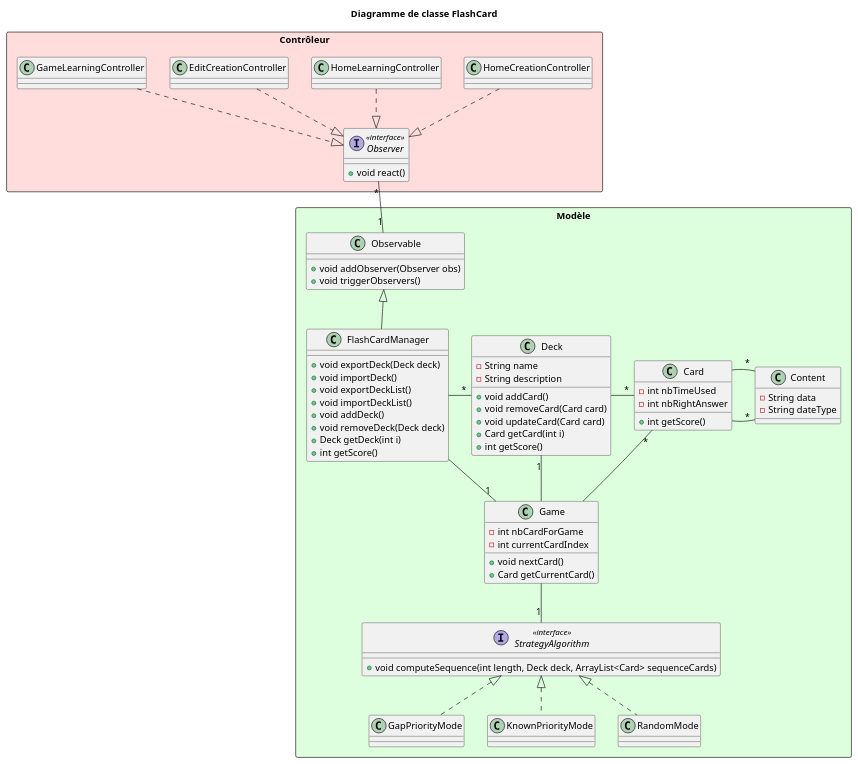
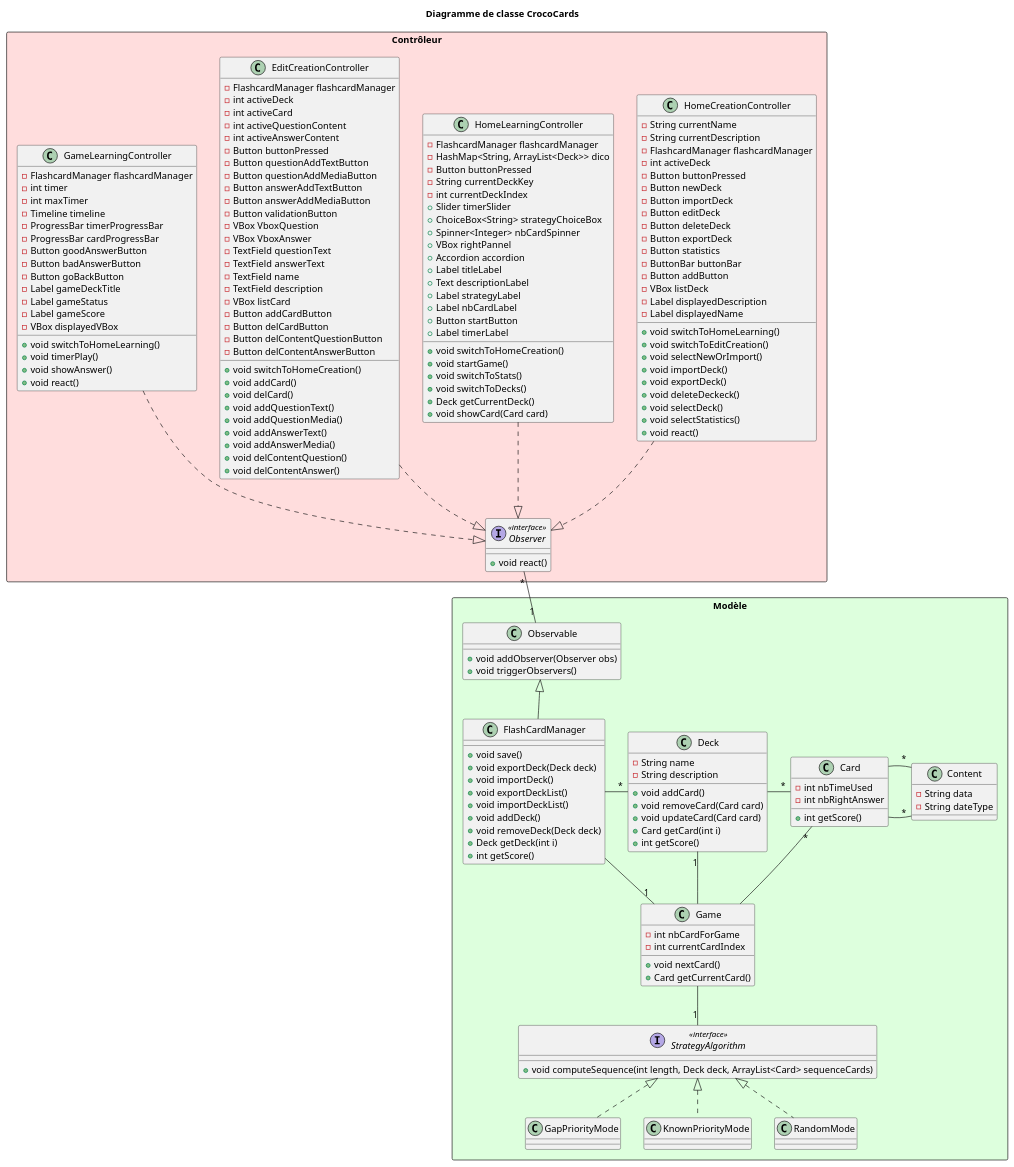
The diagram in gdp/diagrammeClasse.puml (CitelisIT/flashcards-codingweek), drawn with PlantUML before and after one commit. The commit also changed 2 other files, not shown here.

Commit message:
[~] README and final class diagram

```diff
--- a/gdp/diagrammeClasse.puml
+++ b/gdp/diagrammeClasse.puml
@@ -1,89 +1,189 @@
 @startuml
 
-    title "Diagramme de classe FlashCard"
+    title "Diagramme de classe CrocoCards"
 
     package "Modèle" <<Rectangle>> #DDFFDD {
         interface StrategyAlgorithm<<interface>>{
             + void computeSequence(int length, Deck deck, ArrayList<Card> sequenceCards)
         }
         class Observable{
             + void addObserver(Observer obs)
             + void triggerObservers()
         }
         class Content {
             - String data
             - String dateType
         }
         class Card {
             - int nbTimeUsed
             - int nbRightAnswer
             + int getScore()
         }
         class Deck {
             - String name
             - String description
             + void addCard()
             + void removeCard(Card card)
             + void updateCard(Card card)
             + Card getCard(int i)
             + int getScore()
         }
         class FlashCardManager {
+        	+ void save()
             + void exportDeck(Deck deck)
             + void importDeck()
             + void exportDeckList()
             + void importDeckList()
             + void addDeck()
             + void removeDeck(Deck deck)
             + Deck getDeck(int i)
             + int getScore()
         }
         class Game {
             - int nbCardForGame
             - int currentCardIndex
             + void nextCard()
             + Card getCurrentCard()
         }
         class GapPriorityMode {}
         class KnownPriorityMode {}
         class RandomMode {}
     }
 
     package "Contrôleur" <<Rectangle>> #FFDDDD {
         interface Observer<<interface>>{
             + void react()
         }
 
-        class GameLearningController {}
-        class EditCreationController {}
-        class HomeLearningController {}
-        class HomeCreationController {}
+        class GameLearningController {
+			-FlashcardManager flashcardManager
+			-int timer
+			-int maxTimer
+			-Timeline timeline
+			-ProgressBar timerProgressBar
+			-ProgressBar cardProgressBar
+			-Button goodAnswerButton
+			-Button badAnswerButton
+			-Button goBackButton
+			-Label gameDeckTitle
+			-Label gameStatus
+			-Label gameScore
+			-VBox displayedVBox
+			+void switchToHomeLearning()
+			+void timerPlay()
+			+void showAnswer()
+			+void react()
+		}
+        class EditCreationController {
+			-FlashcardManager flashcardManager
+			-int activeDeck
+			-int activeCard
+			-int activeQuestionContent
+			-int activeAnswerContent
+			-Button buttonPressed
+			-Button questionAddTextButton
+			-Button questionAddMediaButton
+			-Button answerAddTextButton
+			-Button answerAddMediaButton
+			-Button validationButton
+			-VBox VboxQuestion
+			-VBox VboxAnswer
+			-TextField questionText
+			-TextField answerText
+			-TextField name
+			-TextField description
+			-VBox listCard
+			-Button addCardButton
+			-Button delCardButton
+			-Button delContentQuestionButton
+			-Button delContentAnswerButton
+			+void switchToHomeCreation()
+			+void addCard()
+			+void delCard()
+			+void addQuestionText()
+			+void addQuestionMedia()
+			+void addAnswerText()
+			+void addAnswerMedia()
+			+void delContentQuestion()
+			+void delContentAnswer()
+		}
+        class HomeLearningController {
+			-FlashcardManager flashcardManager
+			-HashMap<String, ArrayList<Deck>> dico
+			-Button buttonPressed
+			-String currentDeckKey
+			-int currentDeckIndex
+			+Slider timerSlider
+			+ChoiceBox<String> strategyChoiceBox
+			+Spinner<Integer> nbCardSpinner
+			+VBox rightPannel
+			+Accordion accordion
+			+Label titleLabel
+			+Text descriptionLabel
+			+Label strategyLabel
+			+Label nbCardLabel
+			+Button startButton
+			+Label timerLabel
+			+void switchToHomeCreation()
+			+void startGame()
+			+void switchToStats()
+			+void switchToDecks()
+			+Deck getCurrentDeck()
+			+void showCard(Card card)
+		}
+        class HomeCreationController {
+			-String currentName
+			-String currentDescription
+			-FlashcardManager flashcardManager
+			-int activeDeck
+			-Button buttonPressed
+			-Button newDeck
+			-Button importDeck
+			-Button editDeck
+			-Button deleteDeck
+			-Button exportDeck
+			-Button statistics
+		    -ButtonBar buttonBar
+		    -Button addButton
+		    -VBox listDeck
+		    -Label displayedDescription
+		    -Label displayedName
+		    +void switchToHomeLearning()
+		    +void switchToEditCreation()
+		    +void selectNewOrImport()
+		    +void importDeck()
+		    +void exportDeck()
+		    +void deleteDeckeck()
+		    +void selectDeck()
+		    +void selectStatistics()
+		    +void react()
+		}
     }
 
     GameLearningController -[hidden]right- EditCreationController
     EditCreationController -[hidden]right- HomeLearningController
     HomeLearningController -[hidden]right- HomeCreationController
     HomeCreationController -[hidden]right- FlashCardManager
 
     GameLearningController .down.|> Observer
     EditCreationController .down.|> Observer
     HomeLearningController .down.|> Observer
     HomeCreationController .down.|> Observer
 
     Observer "*" -down- "1" Observable
 
     FlashCardManager -up-|> Observable
     FlashCardManager -right- "*" Deck
     Deck -right- "*" Card
     Card -right- "*" Content
     Card -right- "*" Content
 
     Game "1" -up- FlashCardManager
     Game -up- "1" Deck
     Game -up- "*" Card
     Game -down- "1" StrategyAlgorithm
     StrategyAlgorithm <|.down. GapPriorityMode
     StrategyAlgorithm <|.down. KnownPriorityMode
     StrategyAlgorithm <|.down. RandomMode
 
 @enduml
```
